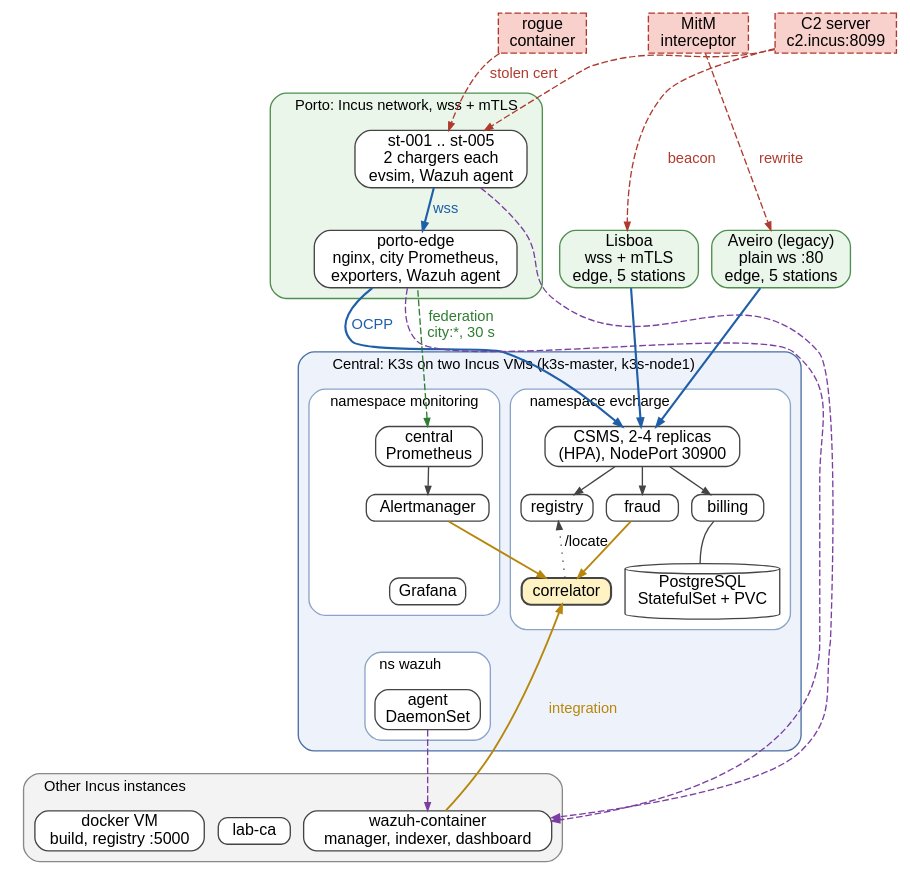
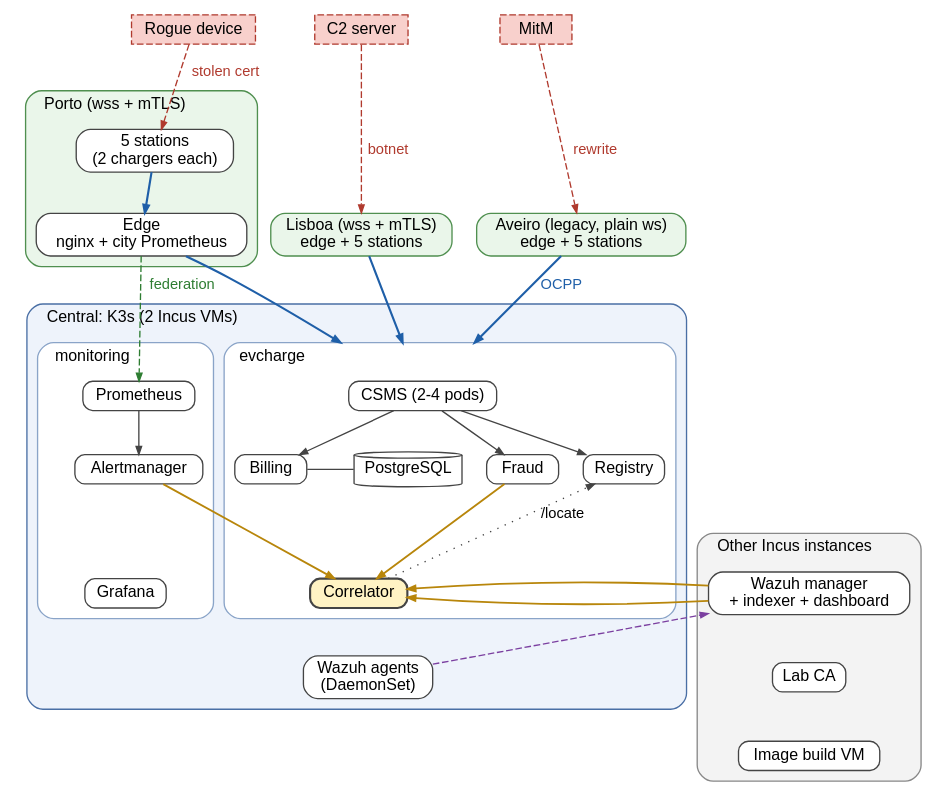
Before and after one commit to Goncsal/SSLE01_PROJ: the diagram in report/figures/architecture.dot, drawn with Graphviz. The commit also changed 2 other files, not shown here.

Commit message:
Report: simpler architecture figure, repository and demo links, no file path references

```diff
--- a/report/figures/architecture.dot
+++ b/report/figures/architecture.dot
@@ -1,82 +1,86 @@
 digraph arch {
-  graph [rankdir=TB, fontname="Helvetica", fontsize=11, nodesep=0.14, ranksep=0.28, compound=true, newrank=true, pad=0.03, labeljust=l, splines=true];
-  node  [fontname="Helvetica", fontsize=12, shape=box, style="rounded,filled", fillcolor="#ffffff", color="#444444", margin="0.06,0.03", height=0.28];
+  graph [rankdir=TB, fontname="Helvetica", fontsize=12, nodesep=0.25, ranksep=0.4, compound=true, newrank=true, pad=0.05, labeljust=l, splines=spline];
+  node  [fontname="Helvetica", fontsize=12, shape=box, style="rounded,filled", fillcolor="#ffffff", color="#444444", margin="0.08,0.04", height=0.3];
   edge  [fontname="Helvetica", fontsize=11, color="#444444", arrowsize=0.6];
 
-  /* attackers */
-  rogue [label="rogue\ncontainer", style="filled,dashed", fillcolor="#f8d0cc", color="#b03a2e"];
-  mitm  [label="MitM\ninterceptor", style="filled,dashed", fillcolor="#f8d0cc", color="#b03a2e"];
-  c2    [label="C2 server\nc2.incus:8099", style="filled,dashed", fillcolor="#f8d0cc", color="#b03a2e"];
+  /* attackers (proofs of concept) */
+  rogue [label="Rogue device", style="filled,dashed", fillcolor="#f8d0cc", color="#b03a2e"];
+  c2    [label="C2 server",    style="filled,dashed", fillcolor="#f8d0cc", color="#b03a2e"];
+  mitm  [label="MitM",         style="filled,dashed", fillcolor="#f8d0cc", color="#b03a2e"];
 
+  /* cities */
   subgraph cluster_porto {
-    label="Porto: Incus network, wss + mTLS"; style="rounded,filled"; fillcolor="#eaf6ea"; color="#4f8f4f";
-    pst  [label="st-001 .. st-005\n2 chargers each\nevsim, Wazuh agent"];
-    pedge [label="porto-edge\nnginx, city Prometheus,\nexporters, Wazuh agent"];
+    label="Porto (wss + mTLS)"; style="rounded,filled"; fillcolor="#eaf6ea"; color="#4f8f4f";
+    pst   [label="5 stations\n(2 chargers each)"];
+    pedge [label="Edge\nnginx + city Prometheus"];
   }
-  lisboa [label="Lisboa\nwss + mTLS\nedge, 5 stations", fillcolor="#eaf6ea", color="#4f8f4f"];
-  aveiro [label="Aveiro (legacy)\nplain ws :80\nedge, 5 stations", fillcolor="#eaf6ea", color="#4f8f4f"];
+  lisboa [label="Lisboa (wss + mTLS)\nedge + 5 stations", fillcolor="#eaf6ea", color="#4f8f4f"];
+  aveiro [label="Aveiro (legacy, plain ws)\nedge + 5 stations", fillcolor="#eaf6ea", color="#4f8f4f"];
 
+  /* central platform */
   subgraph cluster_central {
-    label="Central: K3s on two Incus VMs (k3s-master, k3s-node1)"; style="rounded,filled"; fillcolor="#eef3fb"; color="#4a6fa5";
+    label="Central: K3s (2 Incus VMs)"; style="rounded,filled"; fillcolor="#eef3fb"; color="#4a6fa5";
+    subgraph cluster_mon {
+      label="monitoring"; style="rounded,filled"; fillcolor="#ffffff"; color="#8aa4c8";
+      cprom [label="Prometheus"];
+      am    [label="Alertmanager"];
+      graf  [label="Grafana"];
+    }
     subgraph cluster_ev {
-      label="namespace evcharge"; style="rounded,filled"; fillcolor="#ffffff"; color="#8aa4c8";
-      csms [label="CSMS, 2-4 replicas\n(HPA), NodePort 30900"];
-      fraud [label="fraud"];
-      billing [label="billing"];
-      registry [label="registry"];
-      corr [label="correlator", fillcolor="#fff3c4", penwidth=1.6];
-      pg [label="PostgreSQL\nStatefulSet + PVC", shape=cylinder, style=filled];
+      label="evcharge"; style="rounded,filled"; fillcolor="#ffffff"; color="#8aa4c8";
+      csms     [label="CSMS (2-4 pods)"];
+      billing  [label="Billing"];
+      fraud    [label="Fraud"];
+      registry [label="Registry"];
+      pg       [label="PostgreSQL", shape=cylinder, style=filled];
+      corr     [label="Correlator", fillcolor="#fff3c4", penwidth=1.6];
     }
-    subgraph cluster_mon {
-      label="namespace monitoring"; style="rounded,filled"; fillcolor="#ffffff"; color="#8aa4c8";
-      cprom [label="central\nPrometheus"];
-      am [label="Alertmanager"];
-      graf [label="Grafana"];
-    }
-    subgraph cluster_wz {
-      label="ns wazuh"; style="rounded,filled"; fillcolor="#ffffff"; color="#8aa4c8";
-      wds [label="agent\nDaemonSet"];
-    }
+    wds [label="Wazuh agents\n(DaemonSet)"];
   }
+
+  /* other Incus instances */
   subgraph cluster_other {
     label="Other Incus instances"; style="rounded,filled"; fillcolor="#f3f3f3"; color="#888888";
-    wm [label="wazuh-container\nmanager, indexer, dashboard"];
-    ca [label="lab-ca"];
-    dk [label="docker VM\nbuild, registry :5000"];
+    wm [label="Wazuh manager\n+ indexer + dashboard"];
+    ca [label="Lab CA"];
+    dk [label="Image build VM"];
   }
 
-  {rank=same; rogue; mitm; c2;}
+  /* row ordering */
+  {rank=same; rogue; c2; mitm;}
   {rank=same; pedge; lisboa; aveiro;}
-  {rank=same; csms; cprom;}
-  {rank=same; fraud; billing; registry; am;}
-  {rank=same; corr; pg; graf;}
-  {rank=same; wds;}
-  {rank=same; wm; ca; dk;}
-  pst -> pedge [style=invis];
-  graf -> wds [style=invis]; 
-  rogue -> pst [style=dashed, color="#b03a2e", fontcolor="#b03a2e", label="stolen cert"];
-  c2 -> pst [style=dashed, color="#b03a2e", constraint=false];
-  mitm -> aveiro [style=dashed, color="#b03a2e", fontcolor="#b03a2e", label="rewrite"];
-  c2 -> lisboa [style=dashed, color="#b03a2e", constraint=false, label="beacon", fontcolor="#b03a2e"];
-  rogue -> mitm [style=invis]; mitm -> c2 [style=invis];
+  {rank=same; cprom; csms;}
+  {rank=same; am; registry; fraud; billing; pg;}
+  {rank=same; graf; corr; wm;}
+  ca -> dk [style=invis]; wm -> ca [style=invis];
+  rogue -> c2 -> mitm [style=invis];
+  graf -> wds [style=invis];
   
+  /* attacks */
+  rogue -> pst    [style=dashed, color="#b03a2e", fontcolor="#b03a2e", label=" stolen cert"];
+  c2    -> lisboa [style=dashed, color="#b03a2e", fontcolor="#b03a2e", label=" botnet"];
+  mitm  -> aveiro [style=dashed, color="#b03a2e", fontcolor="#b03a2e", label=" rewrite"];
 
-  pst -> pedge [label=" wss", penwidth=1.6, color="#1f5fa8", fontcolor="#1f5fa8", constraint=false];
-  pedge -> csms [label="OCPP", penwidth=1.6, color="#1f5fa8", fontcolor="#1f5fa8"];
-  lisboa -> csms [penwidth=1.6, color="#1f5fa8"];
-  aveiro -> csms [penwidth=1.6, color="#1f5fa8"];
-  cprom -> pedge [dir=back, style=dashed, color="#2e7d32", fontcolor="#2e7d32", label="federation\ncity:*, 30 s"];
+  /* OCPP path */
+  pst    -> pedge [penwidth=1.6, color="#1f5fa8"];
+  pedge  -> csms  [penwidth=1.6, color="#1f5fa8", lhead=cluster_ev];
+  lisboa -> csms  [penwidth=1.6, color="#1f5fa8", lhead=cluster_ev];
+  aveiro -> csms  [penwidth=1.6, color="#1f5fa8", lhead=cluster_ev, label=" OCPP", fontcolor="#1f5fa8"];
 
-  csms -> fraud; csms -> billing; csms -> registry;
-  csms -> pg [style=invis];
-  cprom -> am; am -> graf [style=invis];
+  /* metrics */
+  pedge -> cprom [style=dashed, color="#2e7d32", fontcolor="#2e7d32", label=" federation"];
+  cprom -> am; cprom -> graf [style=invis];
+
+  /* platform */
+  csms -> registry; csms -> fraud; csms -> billing;
+  billing -> pg [arrowhead=none];
+  corr -> registry [style=dotted, constraint=false, label="/locate"];
+
+  /* correlator inputs */
+  am    -> corr [color="#b8860b", penwidth=1.4];
   fraud -> corr [color="#b8860b", penwidth=1.4];
-  am -> corr [color="#b8860b", penwidth=1.4];
-  wm -> corr [color="#b8860b", penwidth=1.4, label="integration", fontcolor="#b8860b", constraint=false];
-  corr -> registry [style=dotted, label="/locate", constraint=false];
-  billing -> pg [arrowhead=none];
+  corr -> wm [color="#b8860b", penwidth=1.4, dir=back, constraint=false];
 
+  /* Wazuh agents (also on every edge and station) */
   wds -> wm [style=dashed, color="#7b3fa0"];
-  pedge -> wm [style=dashed, color="#7b3fa0", constraint=false];
-  pst -> wm [style=dashed, color="#7b3fa0", constraint=false];
 }
```
